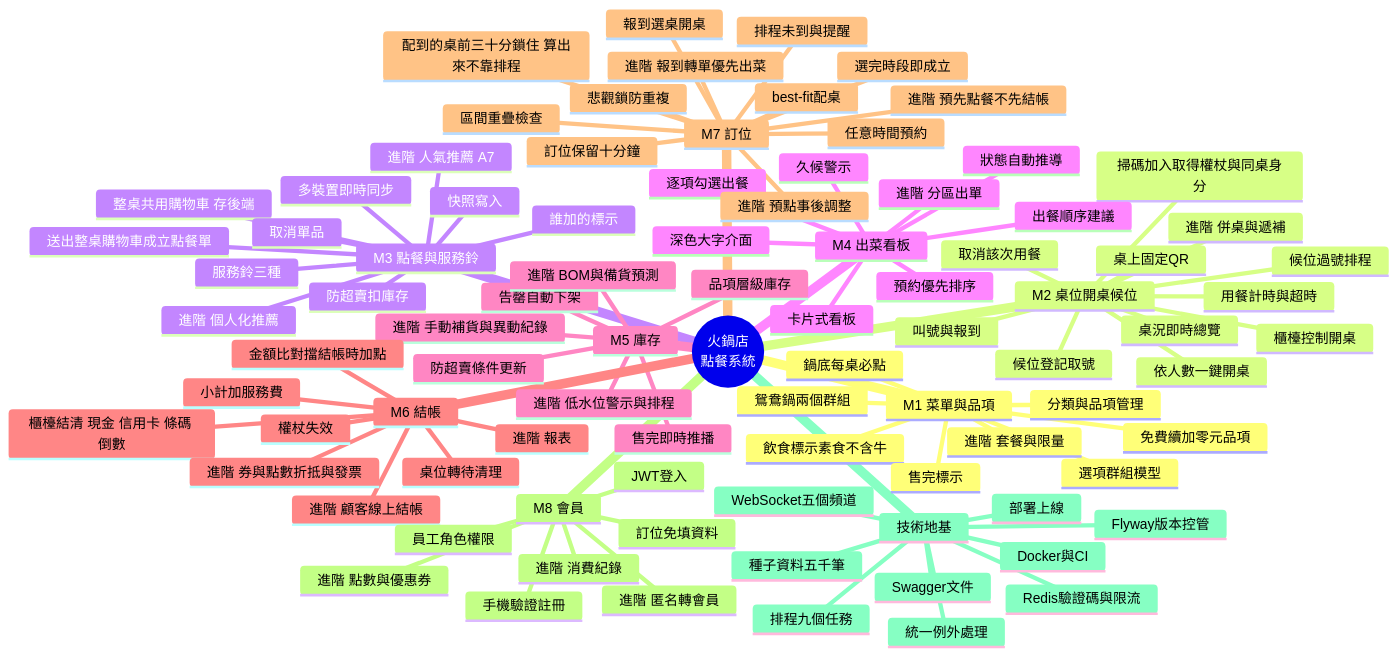
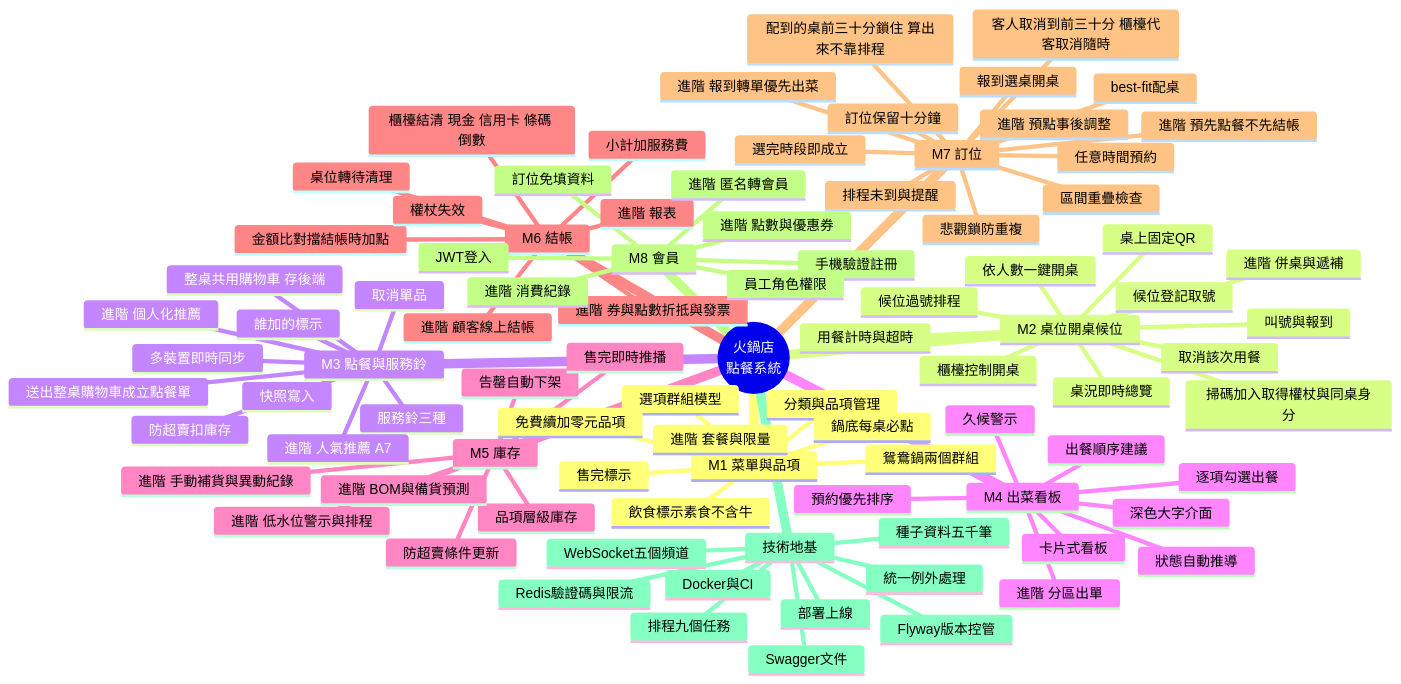
Before and after one commit to harry-wann/smart-order: the first of 16 diagrams in docs/spec/06-圖表總覽.md, drawn with Mermaid. The commit also changed other lines of this file and 48 other files, not shown here.

```diff
--- a/docs/spec/06-圖表總覽.md
+++ b/docs/spec/06-圖表總覽.md
@@ -78,6 +78,7 @@
       悲觀鎖防重複
       訂位保留十分鐘
       配到的桌前三十分鎖住 算出來不靠排程
+      客人取消到前三十分 櫃檯代客取消隨時
       排程未到與提醒
       報到選桌開桌
       進階 預先點餐不先結帳
```
